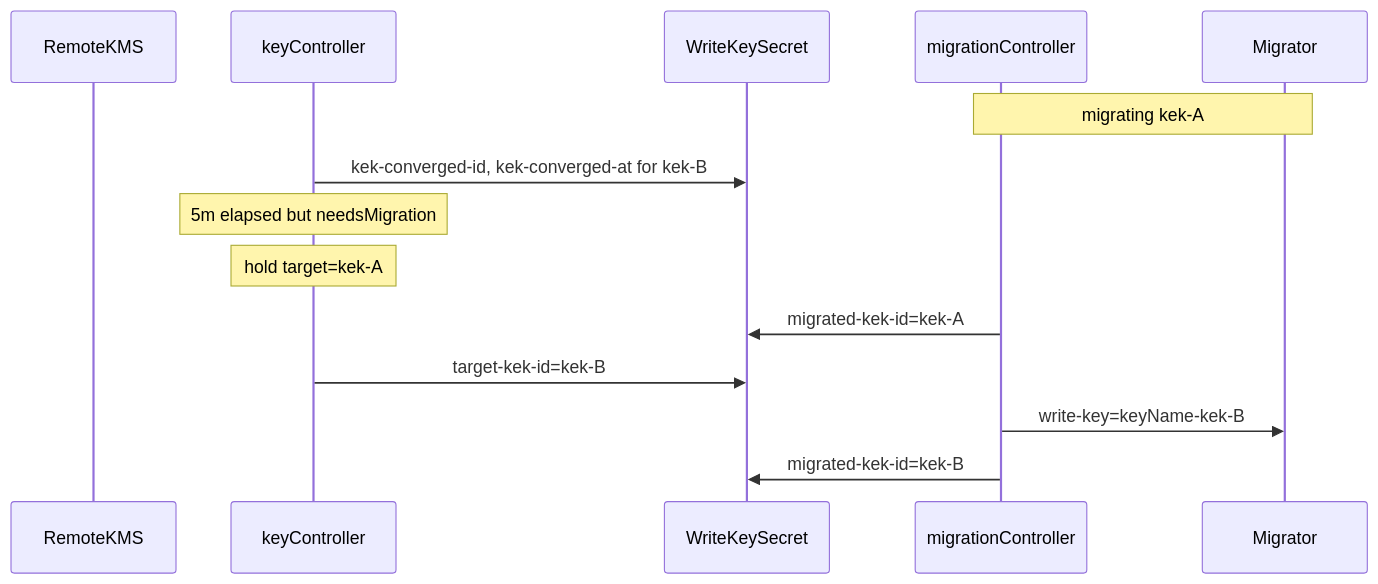
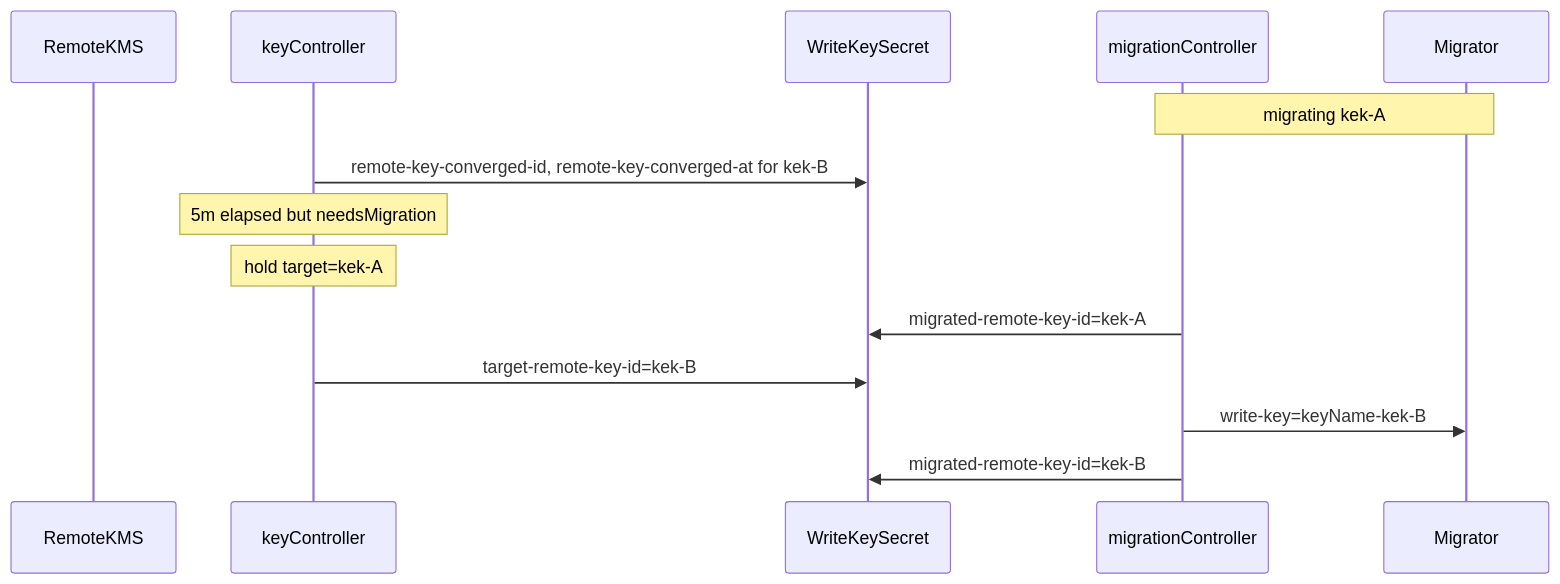
The third of 3 diagrams in enhancements/kube-apiserver/kms-encryption-foundations.md (openshift/enhancements), drawn with Mermaid before and after one commit. The commit also changed other lines of this file, not shown here.

First line of the commit message:
NO-JIRA: update to move kek to remote key id

````diff
--- a/enhancements/kube-apiserver/kms-encryption-foundations.md
+++ b/enhancements/kube-apiserver/kms-encryption-foundations.md
@@ -590,17 +590,17 @@
 ```mermaid
 sequenceDiagram
     participant KMS as RemoteKMS
     participant KeyCtrl as keyController
     participant Secret as WriteKeySecret
     participant MigCtrl as migrationController
     participant SVM as Migrator
 
     Note over MigCtrl,SVM: migrating kek-A
-    KeyCtrl->>Secret: kek-converged-id, kek-converged-at for kek-B
+    KeyCtrl->>Secret: remote-key-converged-id, remote-key-converged-at for kek-B
     Note over KeyCtrl: 5m elapsed but needsMigration
     Note over KeyCtrl: hold target=kek-A
-    MigCtrl->>Secret: migrated-kek-id=kek-A
-    KeyCtrl->>Secret: target-kek-id=kek-B
+    MigCtrl->>Secret: migrated-remote-key-id=kek-A
+    KeyCtrl->>Secret: target-remote-key-id=kek-B
     MigCtrl->>SVM: write-key=keyName-kek-B
-    MigCtrl->>Secret: migrated-kek-id=kek-B
+    MigCtrl->>Secret: migrated-remote-key-id=kek-B
 ```
````
